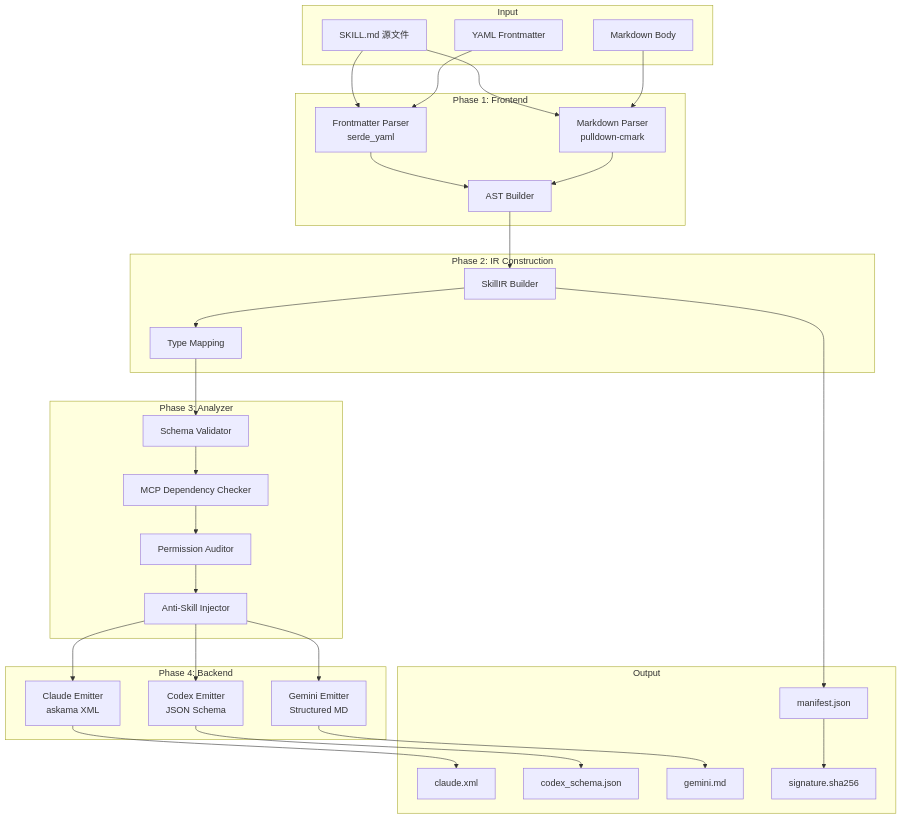
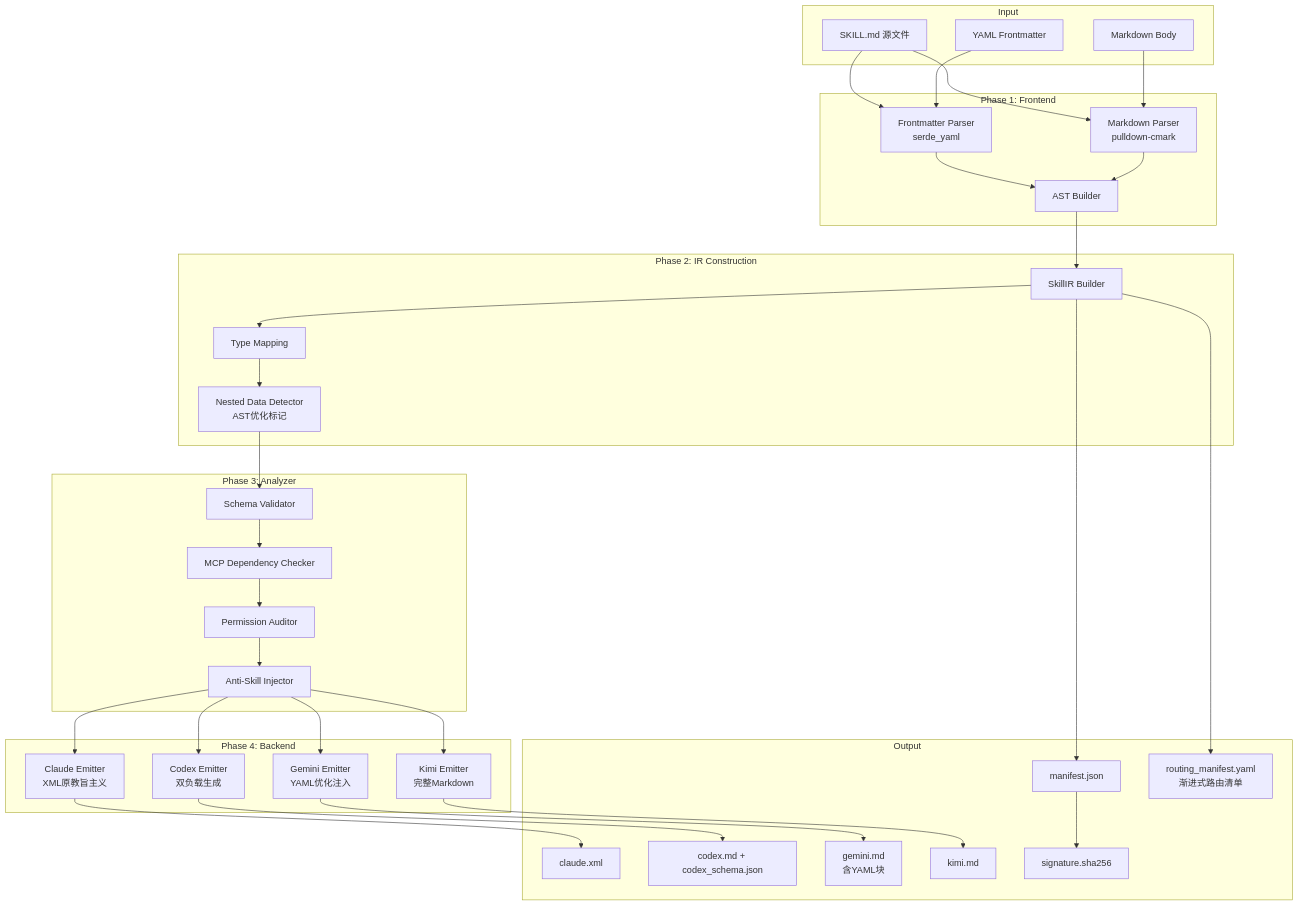
Before and after one commit to Nexa-Language/Skill-Compiler: the first of 6 diagrams in docs/ARCHITECTURE.md, drawn with Mermaid. The commit also changed other lines of this file and 21 other files, not shown here.

First line of the commit message:
:recycle: refactor(codex): pure markdown output without JSON Schema

````diff
--- a/docs/ARCHITECTURE.md
+++ b/docs/ARCHITECTURE.md
@@ -20,61 +37,69 @@
 ```mermaid
 graph TB
     subgraph Input
         A[SKILL.md 源文件]
         B[YAML Frontmatter]
         C[Markdown Body]
     end
     
     subgraph "Phase 1: Frontend"
         D[Frontmatter Parser<br/>serde_yaml]
         E[Markdown Parser<br/>pulldown-cmark]
         F[AST Builder]
     end
     
     subgraph "Phase 2: IR Construction"
         G[SkillIR Builder]
         H[Type Mapping]
+        N[Nested Data Detector<br/>AST优化标记]
     end
     
     subgraph "Phase 3: Analyzer"
         I[Schema Validator]
         J[MCP Dependency Checker]
         K[Permission Auditor]
         L[Anti-Skill Injector]
     end
     
     subgraph "Phase 4: Backend"
-        M[Claude Emitter<br/>askama XML]
-        N[Codex Emitter<br/>JSON Schema]
-        O[Gemini Emitter<br/>Structured MD]
+        M[Claude Emitter<br/>XML原教旨主义]
+        O[Codex Emitter<br/>双负载生成]
+        P[Gemini Emitter<br/>YAML优化注入]
+        Q[Kimi Emitter<br/>完整Markdown]
     end
     
     subgraph Output
-        P[manifest.json]
-        Q[claude.xml]
-        R[codex_schema.json]
-        S[gemini.md]
-        T[signature.sha256]
+        R[manifest.json]
+        S[routing_manifest.yaml<br/>渐进式路由清单]
+        T[claude.xml]
+        U[codex.md + codex_schema.json]
+        V[gemini.md<br/>含YAML块]
+        W[kimi.md]
+        X[signature.sha256]
     end
     
     A --> D
     A --> E
     B --> D
     C --> E
     D --> F
     E --> F
     F --> G
     G --> H
-    H --> I
+    H --> N
+    N --> I
     I --> J
     J --> K
     K --> L
     L --> M
-    L --> N
     L --> O
-    M --> Q
-    N --> R
-    O --> S
-    G --> P
-    P --> T
+    L --> P
+    L --> Q
+    M --> T
+    O --> U
+    P --> V
+    Q --> W
+    G --> R
+    G --> S
+    R --> X
 ```
````
